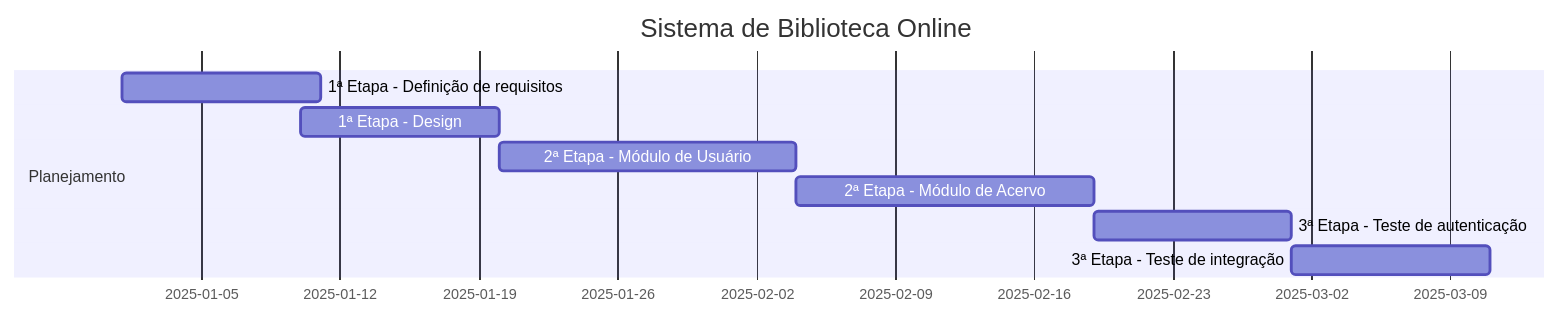
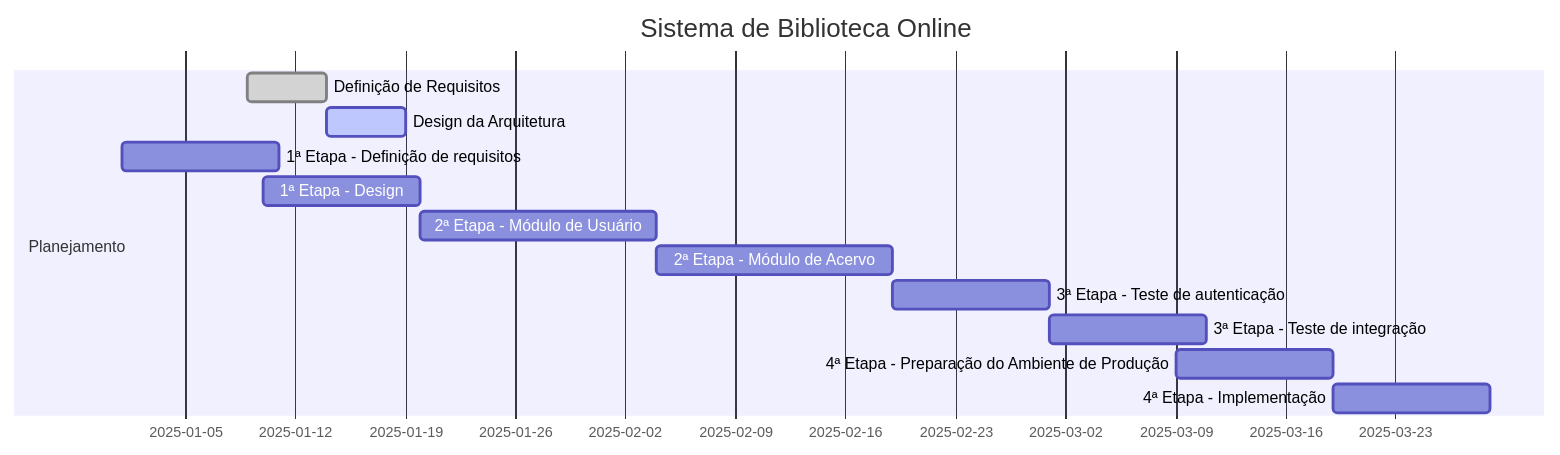
One commit to larissatoyohashi/grafico-gantt changed the fifth of 5 diagrams in README.md. Above: the diagram before and after it, drawn with Mermaid.

````diff
--- a/README.md
+++ b/README.md
@@ -84,14 +84,18 @@
 ```mermaid
 gantt
 title Sistema de Biblioteca Online
 dateFormat YYYY-MM-DD
 section Planejamento
+    Definição de Requisitos      :done,    req, 2025-01-09, 5d
+    Design da Arquitetura        :active,  arch, after req, 5d
+
 1ª Etapa - Definição de requisitos:active pa, 2025-01-01, 10d
 1ª Etapa - Design :active pa, 2025-01-10, 10d
 2ª Etapa - Módulo de Usuário:active pa, 2025-01-20, 15d
 2ª Etapa - Módulo de Acervo:active pa, 2025-02-04, 15d
 3ª Etapa - Teste de autenticação: pt, 2025-02-19, 10d
 3ª Etapa - Teste de integração: pt, 2025-02-29, 10d
-
+4ª Etapa - Preparação do Ambiente de Produção: pt, 2025-03-09, 10d
+4ª Etapa - Implementação: pt, 2025-03-19, 10d
 
 ```
````
